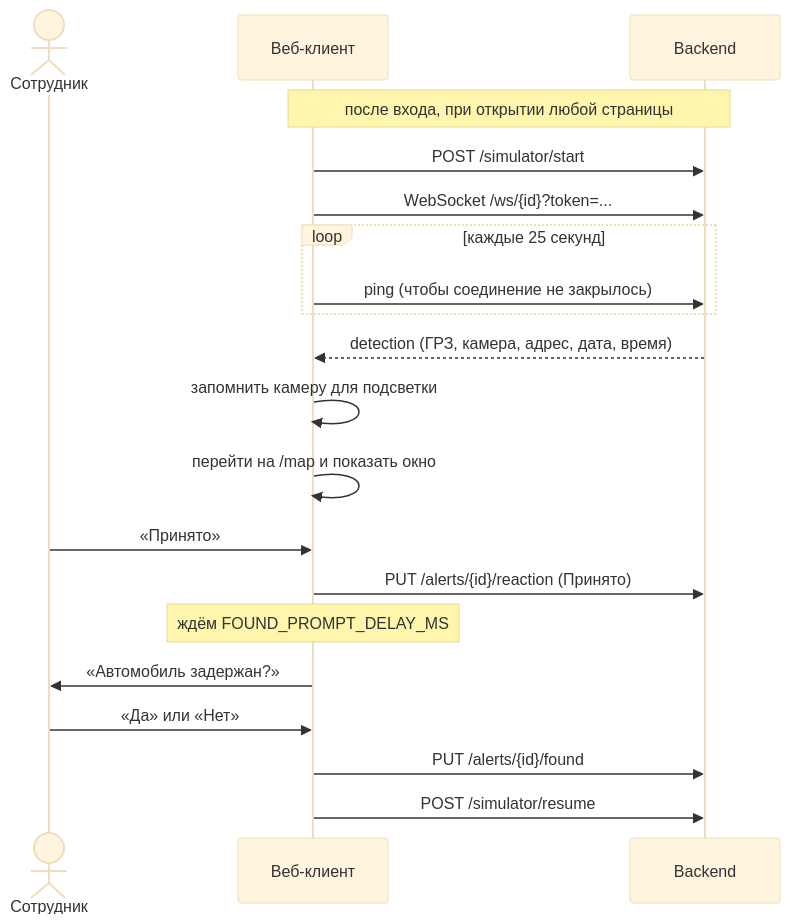
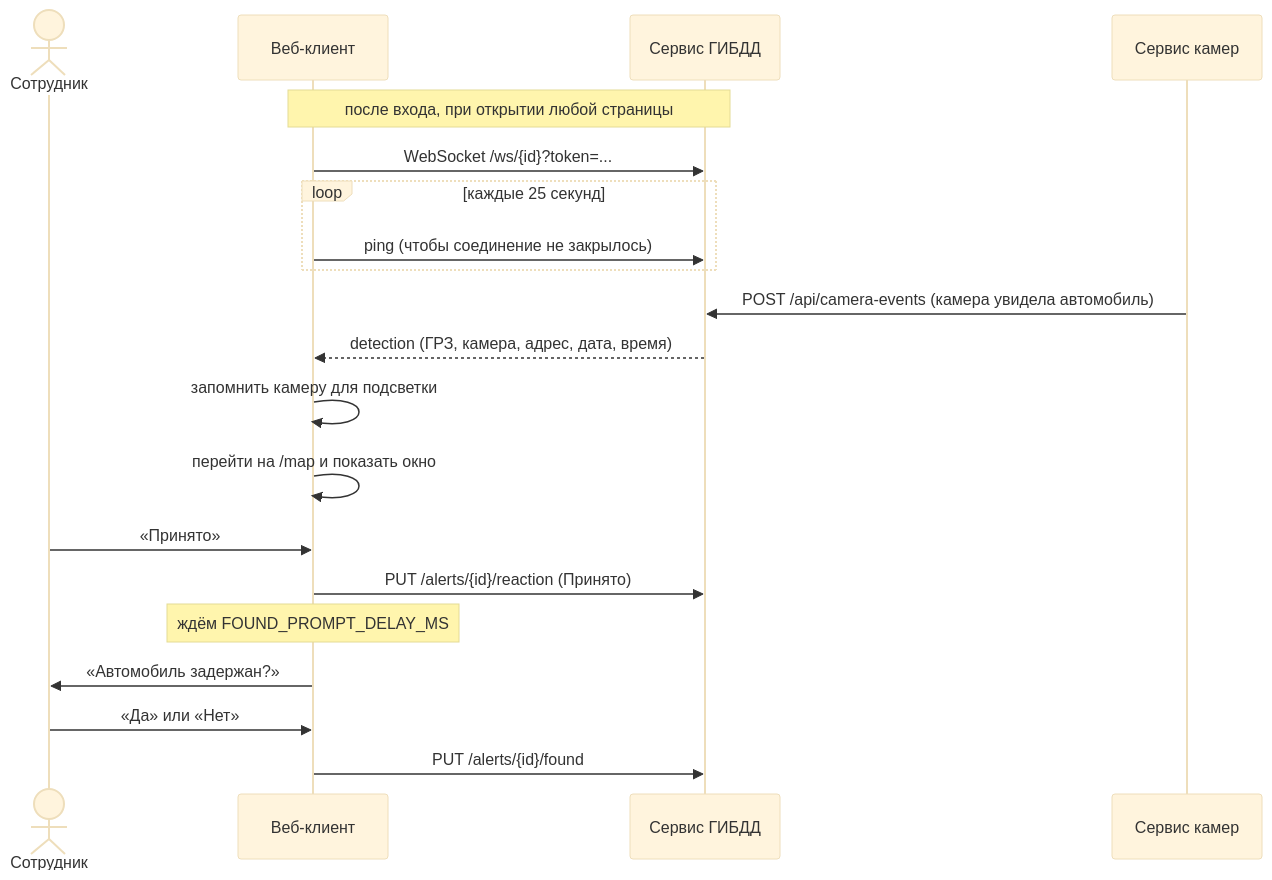
One commit to BelozerovaA/gibdd-system changed the diagram in web-frontend/docs/alerts-flow.md. Above: the diagram before and after it, drawn with Mermaid (base theme). The commit also changed other lines of this file and 180 other files, not shown here.

````diff
--- a/web-frontend/docs/alerts-flow.md
+++ b/web-frontend/docs/alerts-flow.md
@@ -7,24 +7,24 @@
 ```mermaid
 sequenceDiagram
     actor U as Сотрудник
     participant W as Веб-клиент
-    participant B as Backend
+    participant G as Сервис ГИБДД
+    participant K as Сервис камер
 
-    Note over W,B: после входа, при открытии любой страницы
-    W->>B: POST /simulator/start
-    W->>B: WebSocket /ws/{id}?token=...
+    Note over W,G: после входа, при открытии любой страницы
+    W->>G: WebSocket /ws/{id}?token=...
     loop каждые 25 секунд
-        W->>B: ping (чтобы соединение не закрылось)
+        W->>G: ping (чтобы соединение не закрылось)
     end
 
-    B-->>W: detection (ГРЗ, камера, адрес, дата, время)
+    K->>G: POST /api/camera-events (камера увидела автомобиль)
+    G-->>W: detection (ГРЗ, камера, адрес, дата, время)
     W->>W: запомнить камеру для подсветки
     W->>W: перейти на /map и показать окно
     U->>W: «Принято»
-    W->>B: PUT /alerts/{id}/reaction (Принято)
+    W->>G: PUT /alerts/{id}/reaction (Принято)
     Note over W: ждём FOUND_PROMPT_DELAY_MS
     W->>U: «Автомобиль задержан?»
     U->>W: «Да» или «Нет»
-    W->>B: PUT /alerts/{id}/found
-    W->>B: POST /simulator/resume
+    W->>G: PUT /alerts/{id}/found
 ```
````
